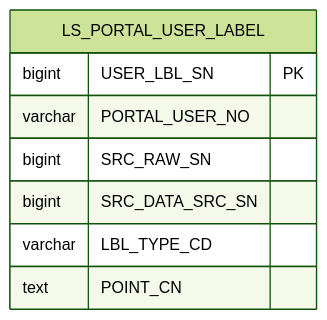
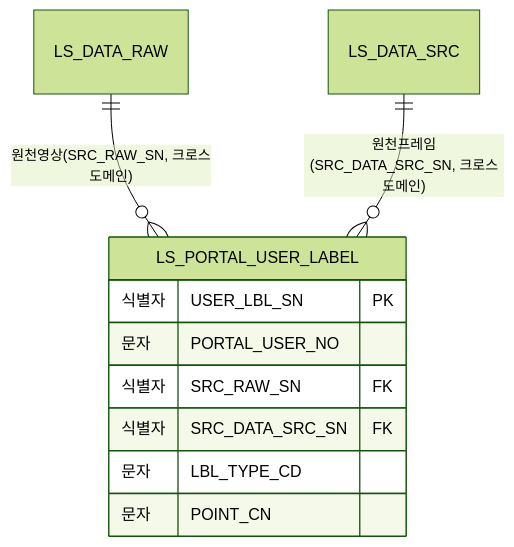
The tenth of 13 diagrams in docs/design/D8-엔티티관계모형설계서.md (New-stella/klid-label), drawn with Mermaid (forest theme) before and after one commit. The commit also changed other lines of this file and 32 other files, not shown here.

````diff
--- a/docs/design/D8-엔티티관계모형설계서.md
+++ b/docs/design/D8-엔티티관계모형설계서.md
@@ -328,11 +344,13 @@
 ```mermaid
 erDiagram
+    LS_DATA_RAW ||--o{ LS_PORTAL_USER_LABEL : "원천영상(SRC_RAW_SN, 크로스도메인)"
+    LS_DATA_SRC ||--o{ LS_PORTAL_USER_LABEL : "원천프레임(SRC_DATA_SRC_SN, 크로스도메인)"
     LS_PORTAL_USER_LABEL {
-        bigint USER_LBL_SN PK
-        varchar PORTAL_USER_NO
-        bigint SRC_RAW_SN
-        bigint SRC_DATA_SRC_SN
-        varchar LBL_TYPE_CD
-        text POINT_CN
+        식별자 USER_LBL_SN PK
+        문자 PORTAL_USER_NO
+        식별자 SRC_RAW_SN FK
+        식별자 SRC_DATA_SRC_SN FK
+        문자 LBL_TYPE_CD
+        문자 POINT_CN
     }
 ```
````
